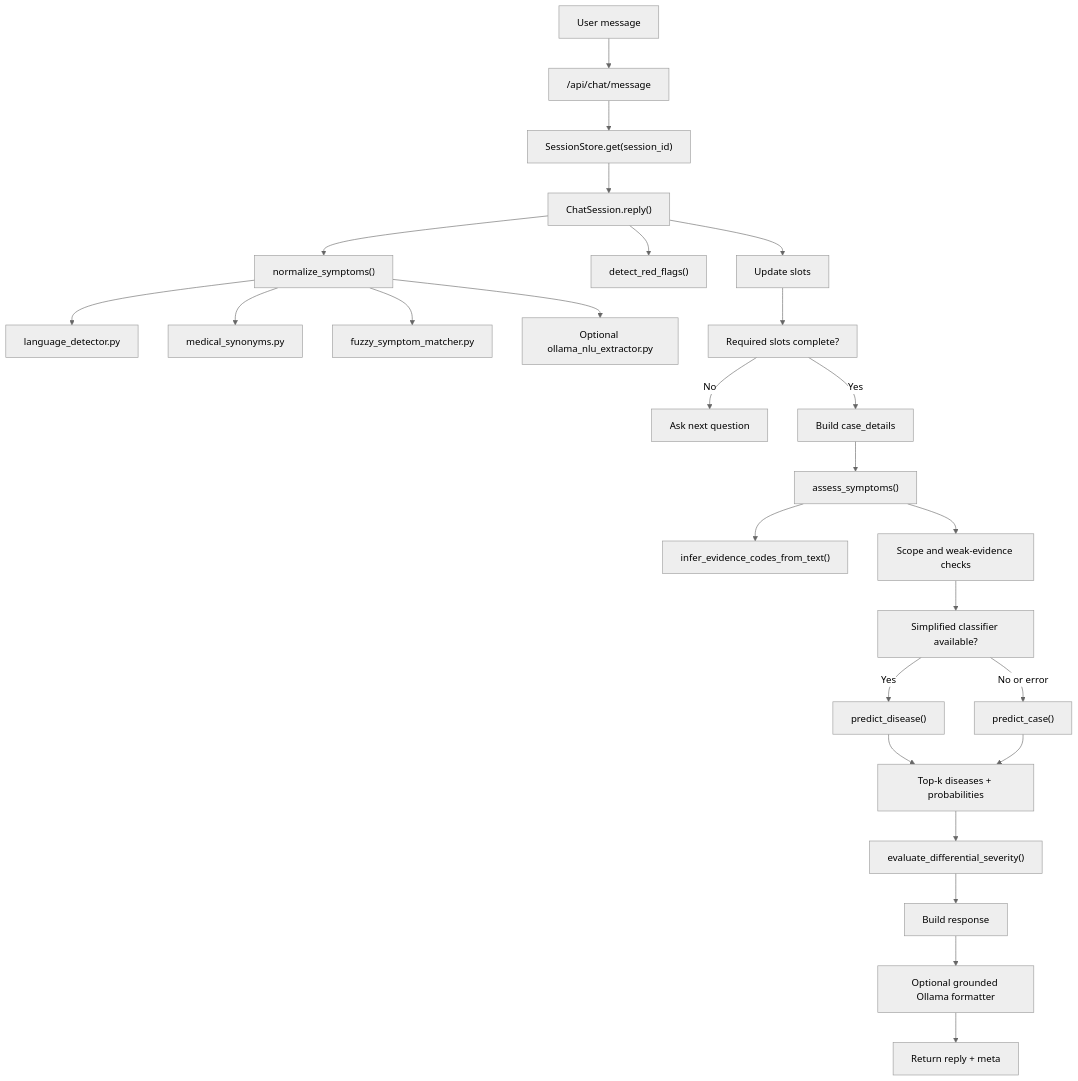
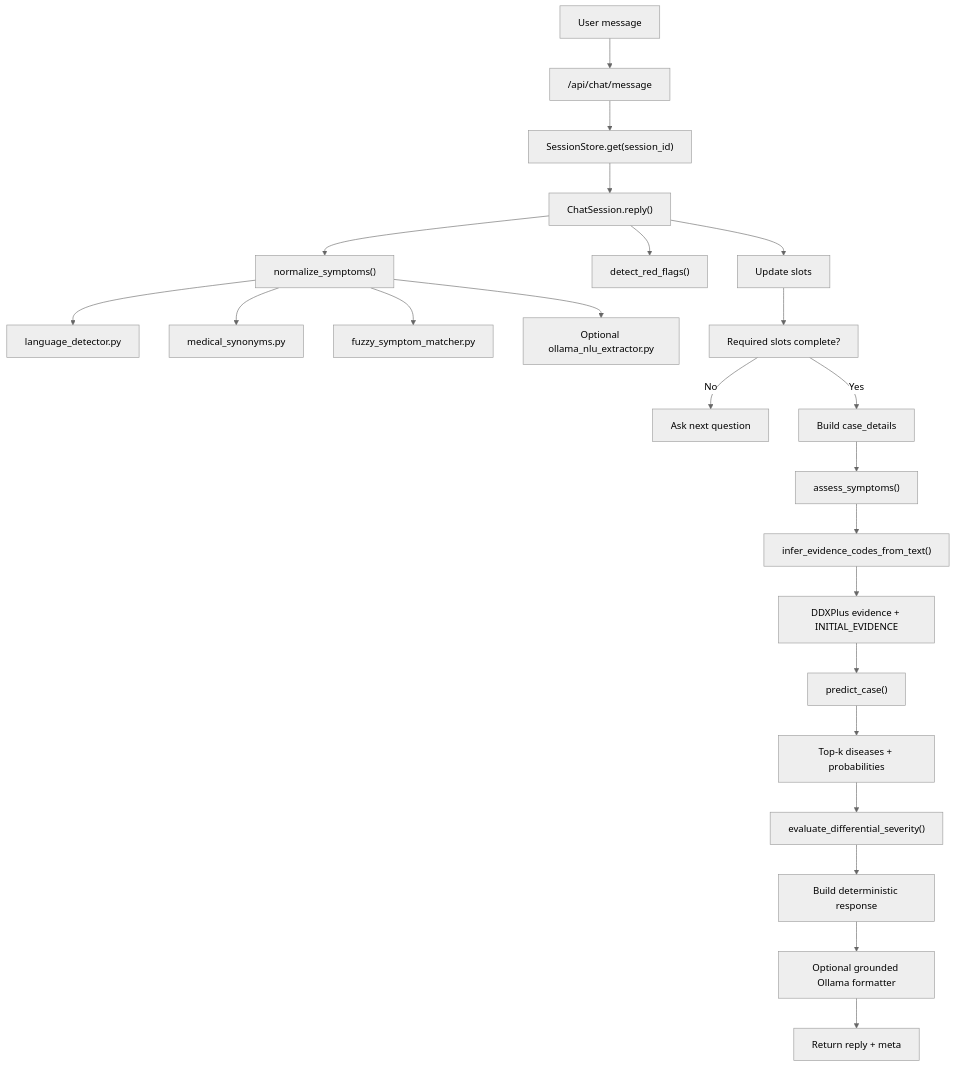
Before and after one commit to harshitjoshicmfeb26-pixel/healthbot-ai: the second of 3 diagrams in docs/DATA_TO_TRAINING_TO_PREDICTION_FLOW.md, drawn with Mermaid (neutral theme). The commit also changed other lines of this file and 6 other files, not shown here.

Commit message:
Align documentation with final verified architecture

````diff
--- a/docs/DATA_TO_TRAINING_TO_PREDICTION_FLOW.md
+++ b/docs/DATA_TO_TRAINING_TO_PREDICTION_FLOW.md
@@ -665,28 +670,25 @@
 ```mermaid
 flowchart TD
     A["User message"] --> B["/api/chat/message"]
     B --> C["SessionStore.get(session_id)"]
     C --> D["ChatSession.reply()"]
     D --> E["normalize_symptoms()"]
     E --> F["language_detector.py"]
     E --> G["medical_synonyms.py"]
     E --> H["fuzzy_symptom_matcher.py"]
     E --> I["Optional ollama_nlu_extractor.py"]
     D --> J["detect_red_flags()"]
     D --> K["Update slots"]
     K --> L["Required slots complete?"]
     L -- "No" --> M["Ask next question"]
     L -- "Yes" --> N["Build case_details"]
     N --> O["assess_symptoms()"]
     O --> P["infer_evidence_codes_from_text()"]
-    O --> Q["Scope and weak-evidence checks"]
-    Q --> R["Simplified classifier available?"]
-    R -- "Yes" --> S["predict_disease()"]
-    R -- "No or error" --> T["predict_case()"]
-    S --> U["Top-k diseases + probabilities"]
-    T --> U
-    U --> V["evaluate_differential_severity()"]
-    V --> W["Build response"]
-    W --> X["Optional grounded Ollama formatter"]
-    X --> Y["Return reply + meta"]
+    P --> Q["DDXPlus evidence + INITIAL_EVIDENCE"]
+    Q --> R["predict_case()"]
+    R --> S["Top-k diseases + probabilities"]
+    S --> T["evaluate_differential_severity()"]
+    T --> U["Build deterministic response"]
+    U --> V["Optional grounded Ollama formatter"]
+    V --> W["Return reply + meta"]
 ```
````
